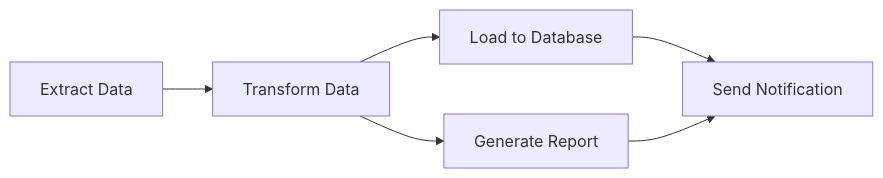
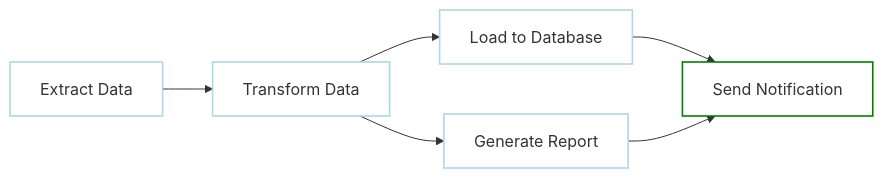
Before and after one commit to dagu-org/dagu: the first of 2 diagrams in docs-next/getting-started/concepts.md, drawn with Mermaid. The commit also changed other lines of this file and 4 other files, not shown here.

````diff
--- a/docs-next/getting-started/concepts.md
+++ b/docs-next/getting-started/concepts.md
@@ -13,8 +13,14 @@
 ```mermaid
 graph LR
     A[Extract Data] --> B[Transform Data]
     B --> C[Load to Database]
     B --> D[Generate Report]
     C --> E[Send Notification]
     D --> E
+    
+    style A fill:white,stroke:lightblue,stroke-width:1.6px,color:#333
+    style B fill:white,stroke:lightblue,stroke-width:1.6px,color:#333
+    style C fill:white,stroke:lightblue,stroke-width:1.6px,color:#333
+    style D fill:white,stroke:lightblue,stroke-width:1.6px,color:#333
+    style E fill:white,stroke:green,stroke-width:1.6px,color:#333
 ```
````
